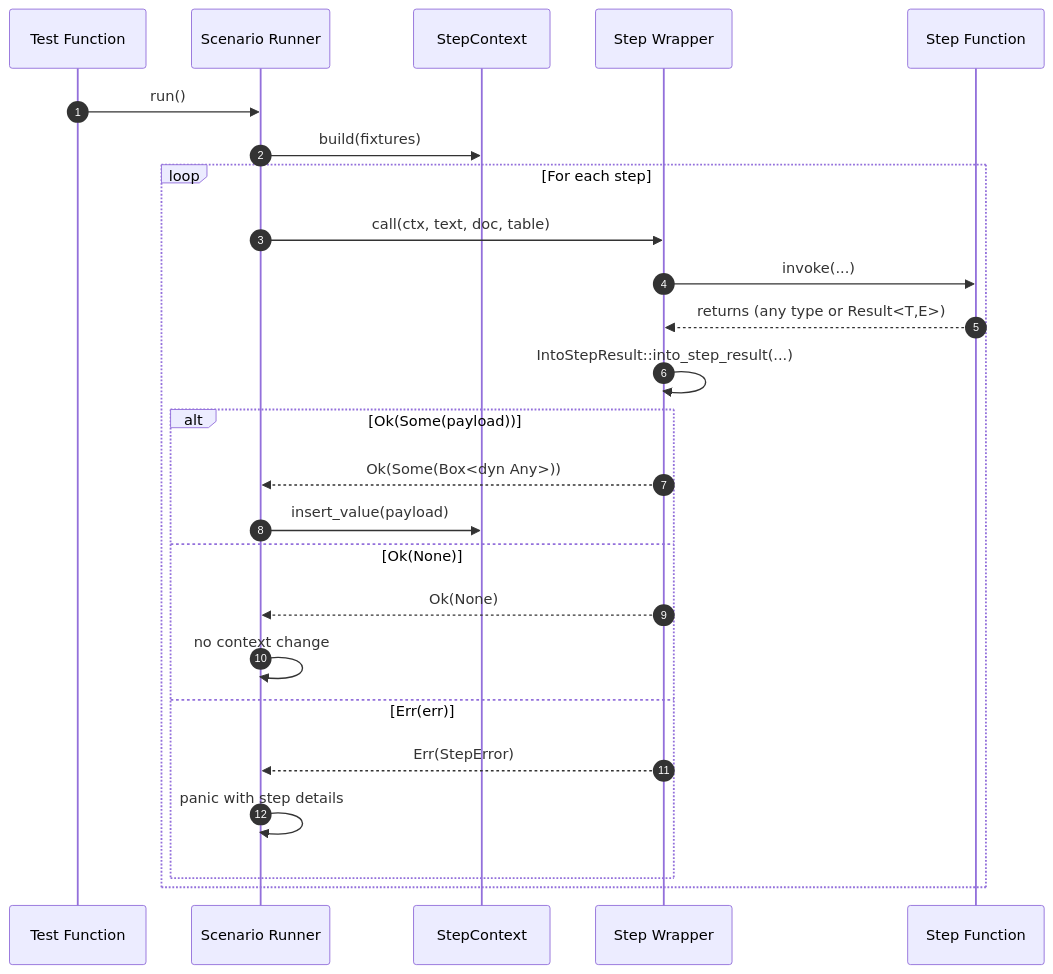
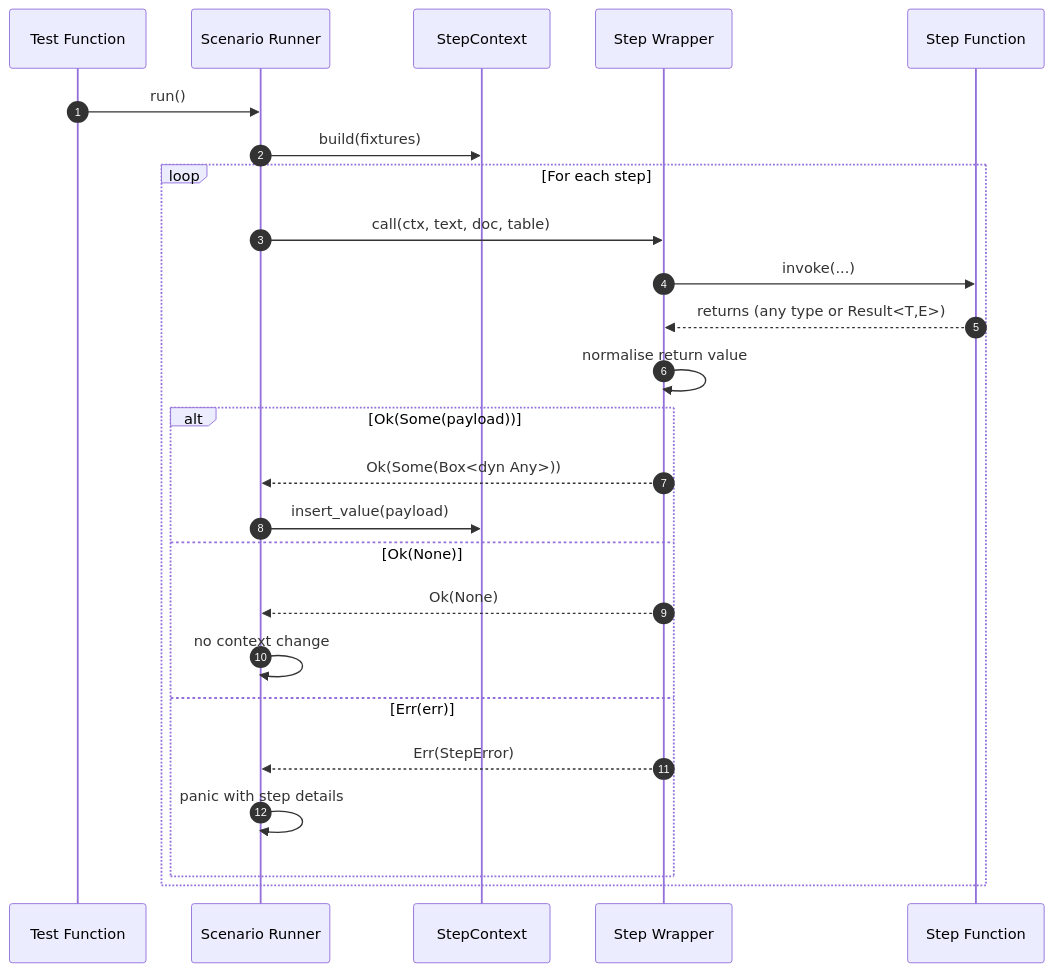
Before and after one commit to leynos/rstest-bdd: diagram 15 of 17 in docs/rstest-bdd-design.md, drawn with Mermaid. The commit also changed other lines of this file and 14 other files, not shown here.

First line of the commit message:
feat(step-return-classification): support stable and consistent step return type classification

````diff
--- a/docs/rstest-bdd-design.md
+++ b/docs/rstest-bdd-design.md
@@ -1663,28 +1664,28 @@
 ```mermaid
 sequenceDiagram
   autonumber
   participant Test as Test Function
   participant Scenario as Scenario Runner
   participant Ctx as StepContext
   participant Wrap as Step Wrapper
   participant Step as Step Function
 
   Test->>Scenario: run()
   Scenario->>Ctx: build(fixtures)
   loop For each step
     Scenario->>Wrap: call(ctx, text, doc, table)
     Wrap->>Step: invoke(...)
     Step-->>Wrap: returns (any type or Result<T,E>)
-    Wrap->>Wrap: IntoStepResult::into_step_result(...)
+    Wrap->>Wrap: normalise return value
     alt Ok(Some(payload))
       Wrap-->>Scenario: Ok(Some(Box<dyn Any>))
       Scenario->>Ctx: insert_value(payload)
     else Ok(None)
       Wrap-->>Scenario: Ok(None)
       Scenario->>Scenario: no context change
     else Err(err)
       Wrap-->>Scenario: Err(StepError)
       Scenario->>Scenario: panic with step details
     end
   end
 ```
````
